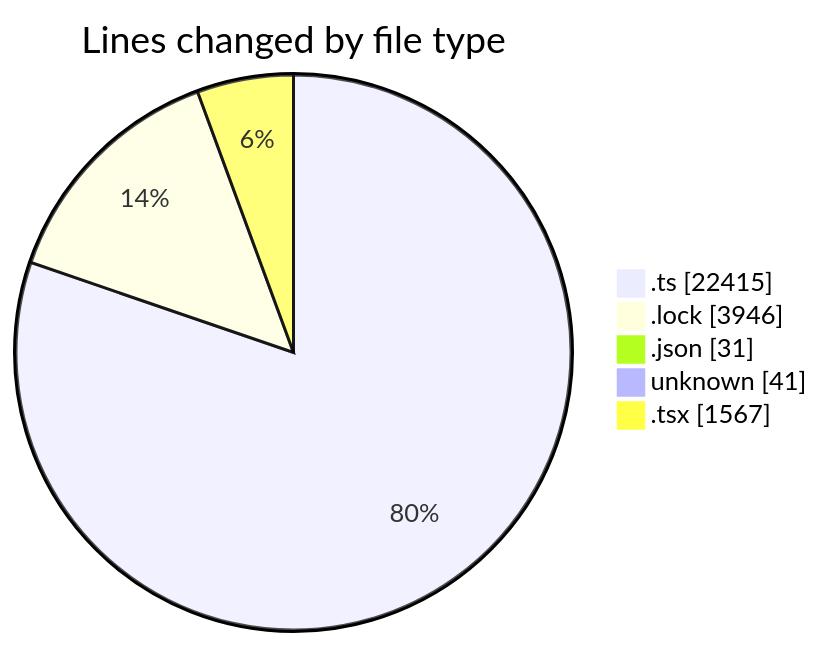
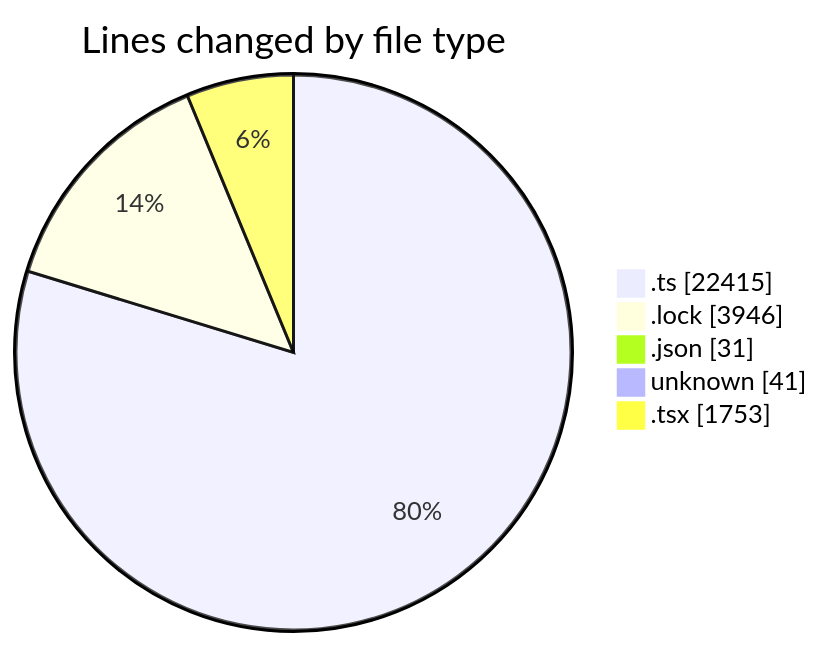
One commit to momahboobian/code-tracking changed the first of 2 diagrams in 2025-08-19/cda/README.md. Above: the diagram before and after it, drawn with Mermaid. The commit also changed other lines of this file and 1 other file, not shown here.

````diff
--- a/2025-08-19/cda/README.md
+++ b/2025-08-19/cda/README.md
@@ -42,9 +43,9 @@
 ```mermaid
 pie showData
 title Lines changed by file type
 ".ts" : 22415
 ".lock" : 3946
 ".json" : 31
 "unknown" : 41
-".tsx" : 1567
+".tsx" : 1753
 ```
````
